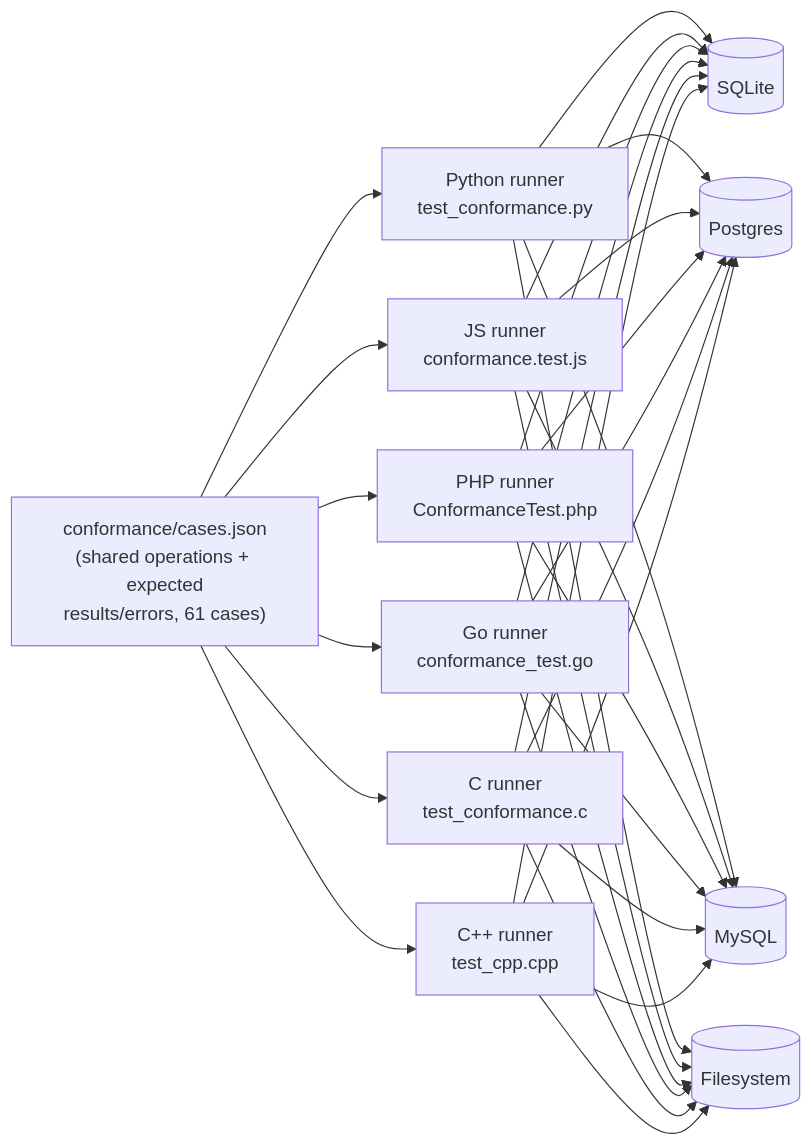
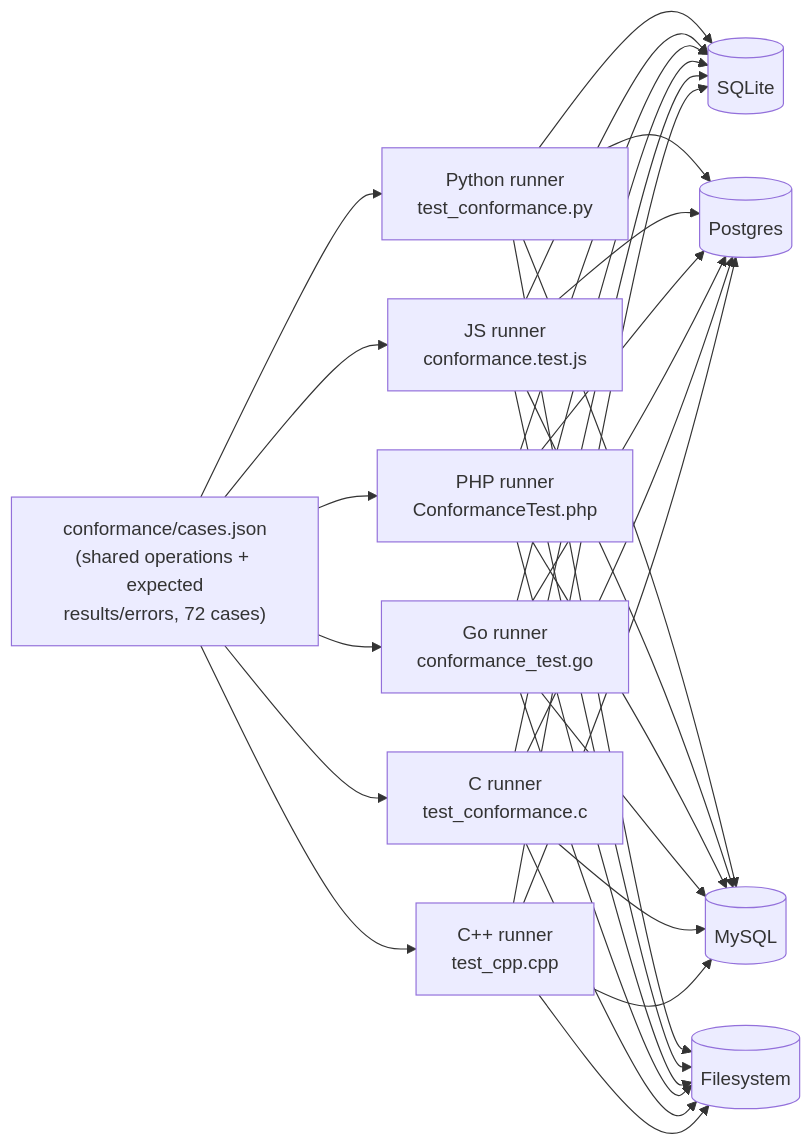
Before and after one commit to rmahique/multilang-lib: the second of 4 diagrams in docs/architecture.md, drawn with Mermaid. The commit also changed other lines of this file and 79 other files, not shown here.

````diff
--- a/docs/architecture.md
+++ b/docs/architecture.md
@@ -43,16 +43,16 @@
 ```mermaid
 flowchart LR
-    Fixture["conformance/cases.json\n(shared operations + expected\nresults/errors, 61 cases)"]
+    Fixture["conformance/cases.json\n(shared operations + expected\nresults/errors, 72 cases)"]
 
     Fixture --> PyR["Python runner\ntest_conformance.py"]
     Fixture --> JsR["JS runner\nconformance.test.js"]
     Fixture --> PhpR["PHP runner\nConformanceTest.php"]
     Fixture --> GoR["Go runner\nconformance_test.go"]
     Fixture --> CR["C runner\ntest_conformance.c"]
     Fixture --> CppR["C++ runner\ntest_cpp.cpp"]
 
     PyR & JsR & PhpR & GoR & CR & CppR --> B1[(SQLite)]
     PyR & JsR & PhpR & GoR & CR & CppR --> B2[(Postgres)]
     PyR & JsR & PhpR & GoR & CR & CppR --> B3[(MySQL)]
     PyR & JsR & PhpR & GoR & CR & CppR --> B4[(Filesystem)]
 ```
````
